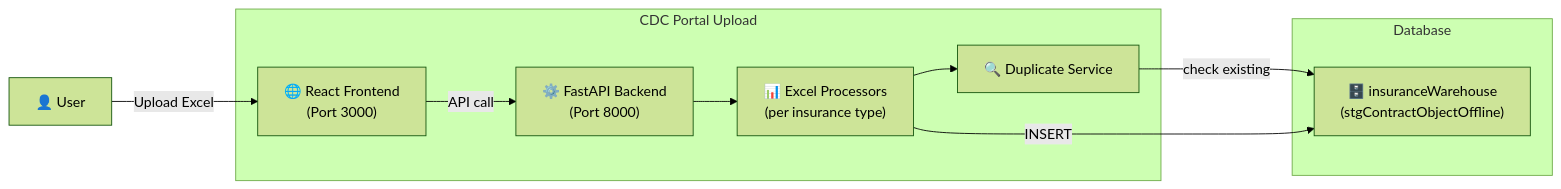
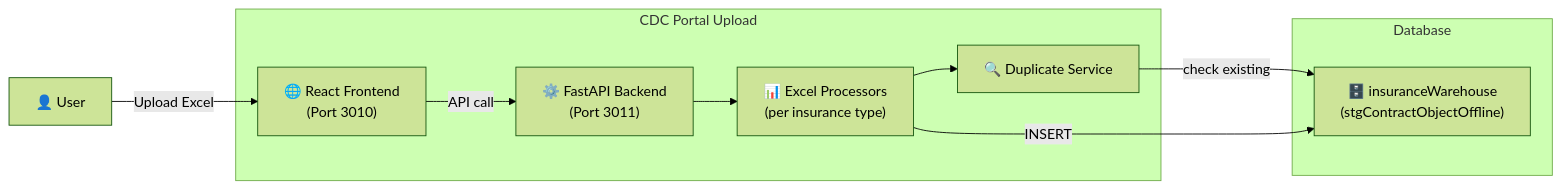
One commit to phatle224/hybrid-data-ingestion-streaming-platform changed the sixth of 9 diagrams in docs/PROJECT_FLOW.md. Above: the diagram before and after it, drawn with Mermaid (forest theme). The commit also changed other lines of this file and 73 other files, not shown here.

Commit message:
feat: implement initial CDC reporting portal with backend processing microservices and frontend upload interface

````diff
--- a/docs/PROJECT_FLOW.md
+++ b/docs/PROJECT_FLOW.md
@@ -259,22 +259,22 @@
 ```mermaid
 flowchart LR
     USER["👤 User"]
     
     subgraph "CDC Portal Upload"
-        FE["🌐 React Frontend<br/>(Port 3000)"]
-        BE["⚙️ FastAPI Backend<br/>(Port 8000)"]
+        FE["🌐 React Frontend<br/>(Port 3010)"]
+        BE["⚙️ FastAPI Backend<br/>(Port 3011)"]
         PROC["📊 Excel Processors<br/>(per insurance type)"]
         DUP["🔍 Duplicate Service"]
     end
 
     subgraph "Database"
         STG["🗄️ insuranceWarehouse<br/>(stgContractObjectOffline)"]
     end
 
     USER -->|"Upload Excel"| FE
     FE -->|"API call"| BE
     BE --> PROC
     PROC --> DUP
     DUP -->|"check existing"| STG
     PROC -->|"INSERT"| STG
 ```
````
